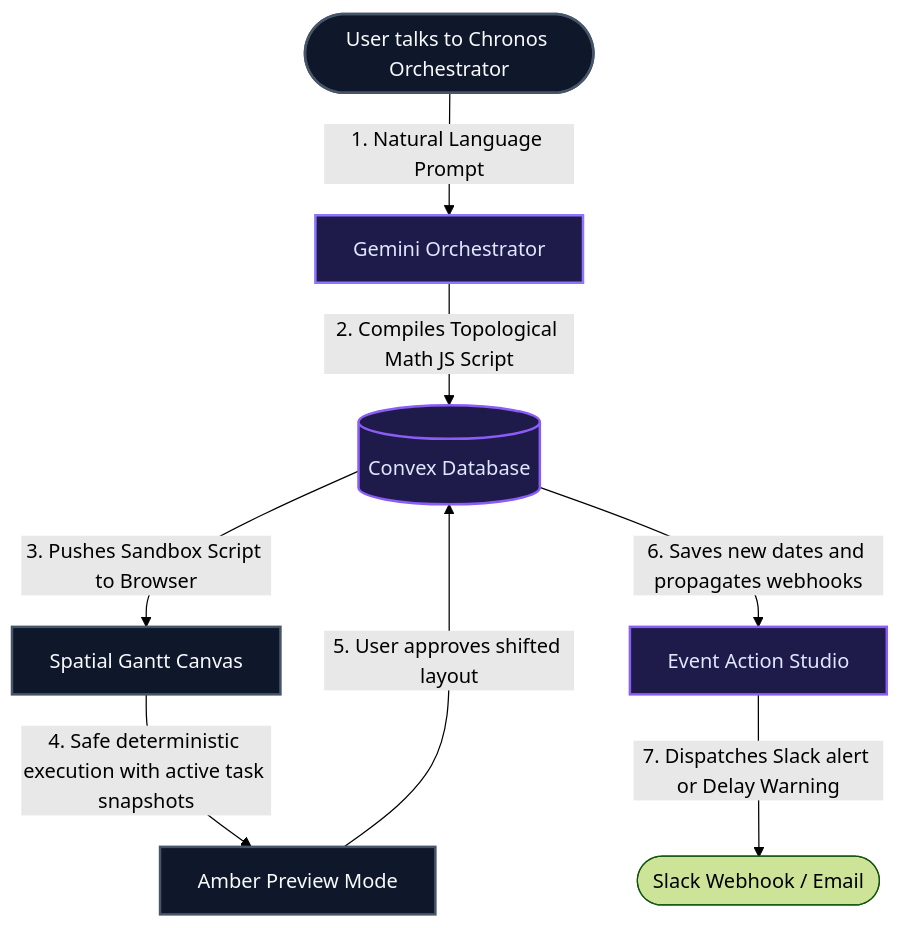
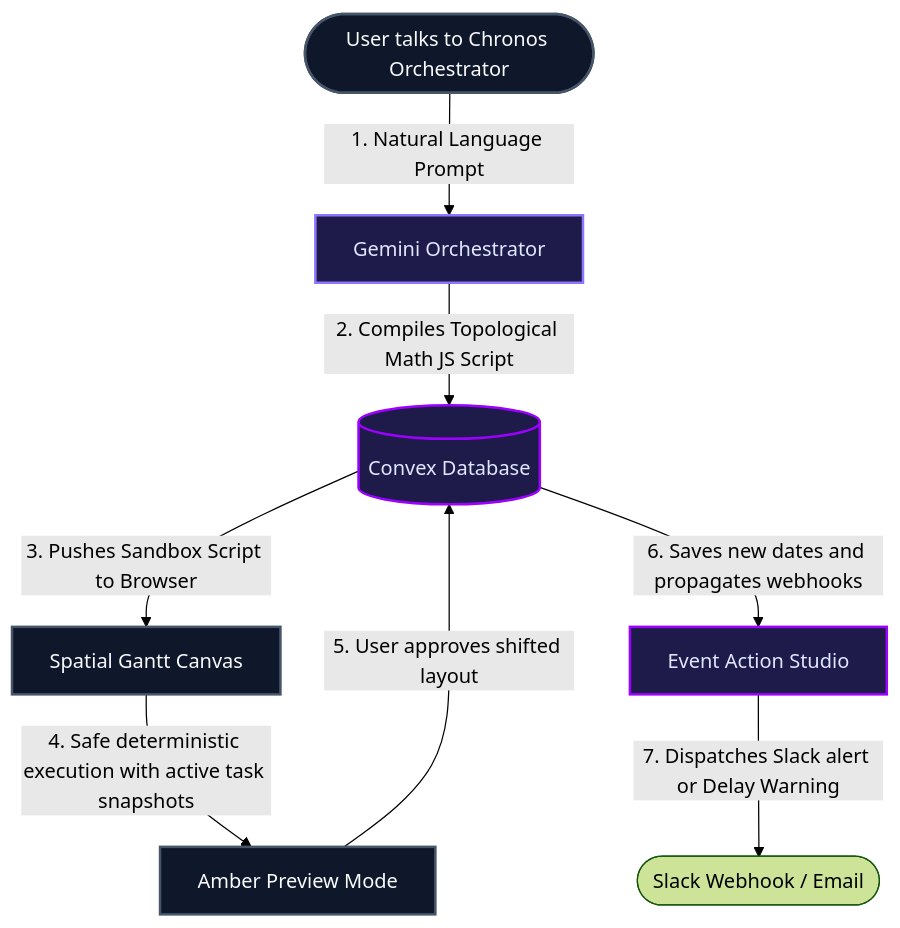
One commit to samolubukun/Chronos-The-AI-Native-Timeline-Orchestrator changed the diagram in README.md. Above: the diagram before and after it, drawn with Mermaid (forest theme). The commit also changed 9 other files, not shown here.

````diff
--- a/README.md
+++ b/README.md
@@ -41,26 +41,26 @@
 ```mermaid
 graph TD
     %% Styling Nodes
     classDef client fill:#0f172a,stroke:#475569,stroke-width:2px,color:#f8fafc;
-    classDef convex fill:#1e1b4b,stroke:#8b5cf6,stroke-width:2px,color:#e0e7ff;
+    classDef convex fill:#1e1b4b,stroke:#9C00FF,stroke-width:2px,color:#e0e7ff;
     classDef ai fill:#1e1b4b,stroke:#8e75ff,stroke-width:2px,color:#e0e7ff;
     
     %% User Actions
     User([User talks to Chronos Orchestrator]) -->|1. Natural Language Prompt| AICoordinator[Gemini Orchestrator]
     
     %% AI generation
     AICoordinator -->|2. Compiles Topological Math JS Script| DB[(Convex Database)]
     
     %% Client execution
     DB -->|3. Pushes Sandbox Script to Browser| Grid[Spatial Gantt Canvas]
     Grid -->|4. Safe deterministic execution with active task snapshots| Preview[Amber Preview Mode]
     
     %% User approval
     Preview -->|5. User approves shifted layout| DB
     DB -->|6. Saves new dates and propagates webhooks| EventStudio[Event Action Studio]
     EventStudio -->|7. Dispatches Slack alert or Delay Warning| Slack([Slack Webhook / Email])
     
     class User,Grid,Preview client;
     class DB,EventStudio convex;
     class AICoordinator ai;
 ```
````
